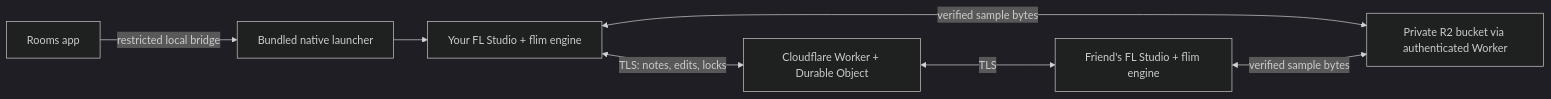
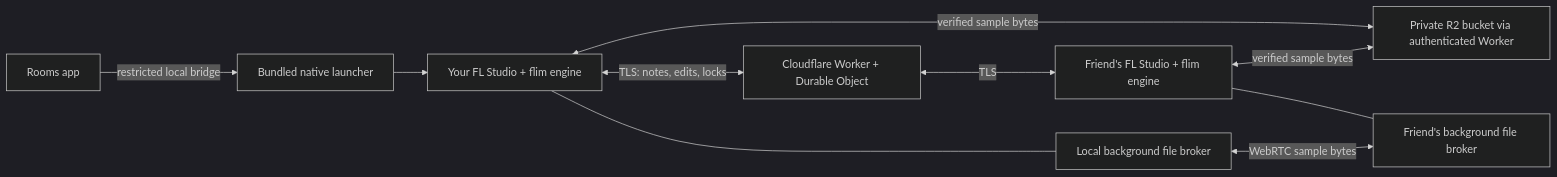
One commit to cashflowbeatz/flim changed the diagram in docs/ARCHITECTURE.md. Above: the diagram before and after it, drawn with Mermaid (dark theme). The commit also changed other lines of this file and 38 other files, not shown here.

````diff
--- a/docs/ARCHITECTURE.md
+++ b/docs/ARCHITECTURE.md
@@ -6,9 +6,12 @@
 ```mermaid
 flowchart LR
     A[Rooms app] -->|restricted local bridge| B[Bundled native launcher]
     B --> C[Your FL Studio + flim engine]
     C <-->|TLS: notes, edits, locks| D[Cloudflare Worker + Durable Object]
     D <-->|TLS| E[Friend's FL Studio + flim engine]
     C <-->|verified sample bytes| F[Private R2 bucket via authenticated Worker]
     E <-->|verified sample bytes| F
+    C --- G[Local background file broker]
+    E --- H[Friend's background file broker]
+    G <-->|WebRTC sample bytes| H
 ```
````
